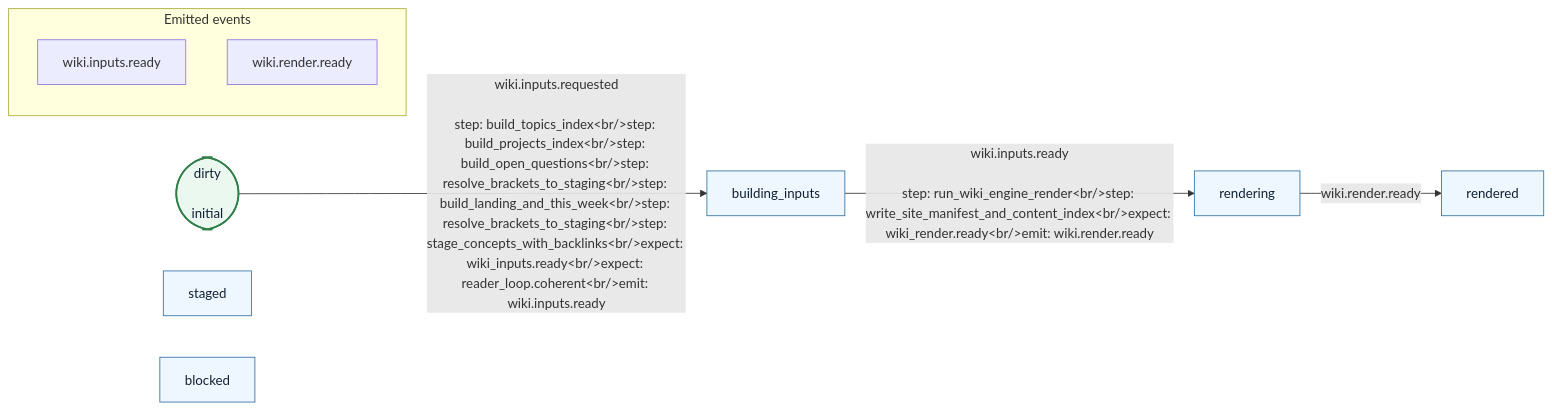
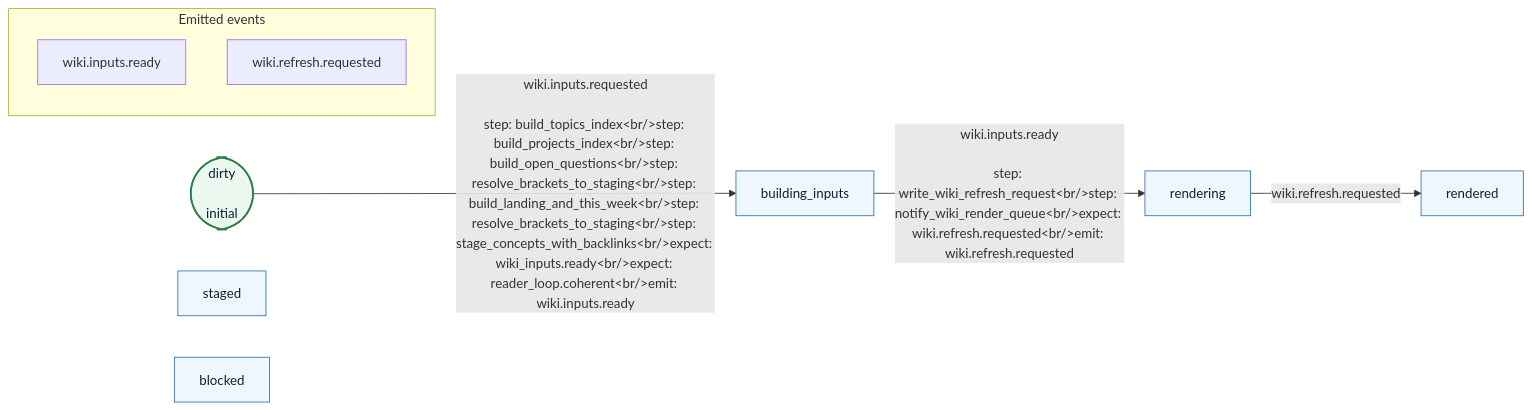
Before and after one commit to hapticasensorics/1context: the diagram in memory-core/memory/plugins/base-memory-v1/diagrams/wiki-reader-loop.ir.mmd, drawn with Mermaid. The commit also changed 305 other files, not shown here.

```diff
--- a/memory-core/memory/plugins/base-memory-v1/diagrams/wiki-reader-loop.ir.mmd
+++ b/memory-core/memory/plugins/base-memory-v1/diagrams/wiki-reader-loop.ir.mmd
@@ -1,27 +1,27 @@
 %% title: Wiki Reader Loop / wiki IR
 %% description: Generated from compiled 1Context state-machine IR; edit the DSL source, not this diagram.
 %% order: 40
 flowchart LR
   wiki_dirty(["dirty<br/><br/>initial"])
   wiki_building_inputs["building_inputs"]
   wiki_staged["staged"]
   wiki_rendering["rendering"]
   wiki_rendered["rendered"]
   wiki_blocked["blocked"]
   wiki_dirty -->|"wiki.inputs.requested<br/><br/>step: build_topics_index&lt;br/&gt;step: build_projects_index&lt;br/&gt;step: build_open_questions&lt;br/&gt;step: resolve_brackets_to_staging&lt;br/&gt;step: build_landing_and_this_week&lt;br/&gt;step: resolve_brackets_to_staging&lt;br/&gt;step: stage_concepts_with_backlinks&lt;br/&gt;expect: wiki_inputs.ready&lt;br/&gt;expect: reader_loop.coherent&lt;br/&gt;emit: wiki.inputs.ready"| wiki_building_inputs
-  wiki_building_inputs -->|"wiki.inputs.ready<br/><br/>step: run_wiki_engine_render&lt;br/&gt;step: write_site_manifest_and_content_index&lt;br/&gt;expect: wiki_render.ready&lt;br/&gt;emit: wiki.render.ready"| wiki_rendering
-  wiki_rendering -->|"wiki.render.ready"| wiki_rendered
+  wiki_building_inputs -->|"wiki.inputs.ready<br/><br/>step: write_wiki_refresh_request&lt;br/&gt;step: notify_wiki_render_queue&lt;br/&gt;expect: wiki.refresh.requested&lt;br/&gt;emit: wiki.refresh.requested"| wiki_rendering
+  wiki_rendering -->|"wiki.refresh.requested"| wiki_rendered
 
   subgraph emitted_events["Emitted events"]
     emit_1_0["wiki.inputs.ready"]
-    emit_2_1["wiki.render.ready"]
+    emit_2_1["wiki.refresh.requested"]
   end
 
   classDef state fill:#eef6ff,stroke:#2f6fa3,stroke-width:1px,color:#102033;
   classDef initial fill:#eaf8ef,stroke:#2d7d46,stroke-width:2px,color:#102033;
   class wiki_dirty initial;
   class wiki_building_inputs state;
   class wiki_staged state;
   class wiki_rendering state;
   class wiki_rendered state;
   class wiki_blocked state;
```
